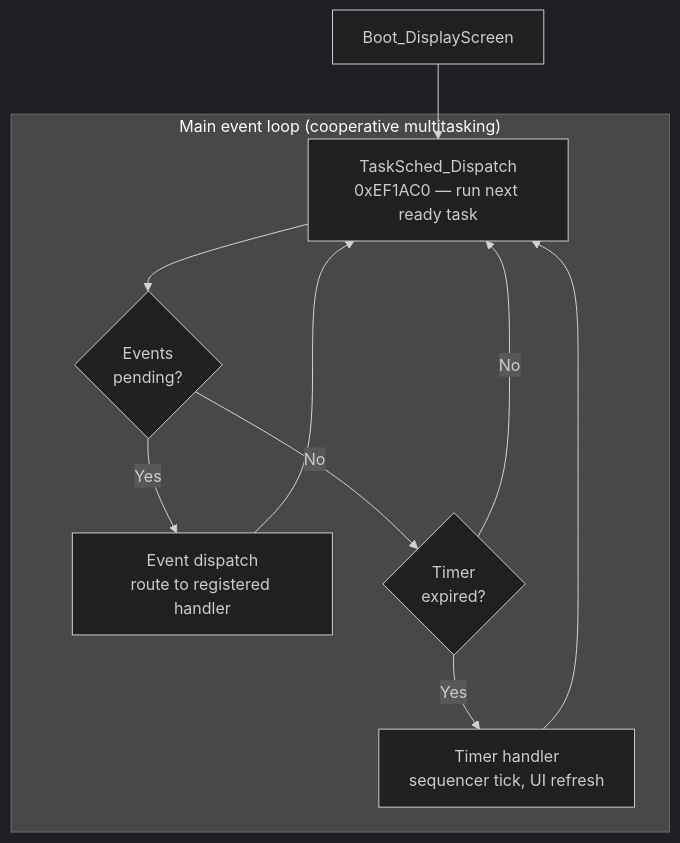
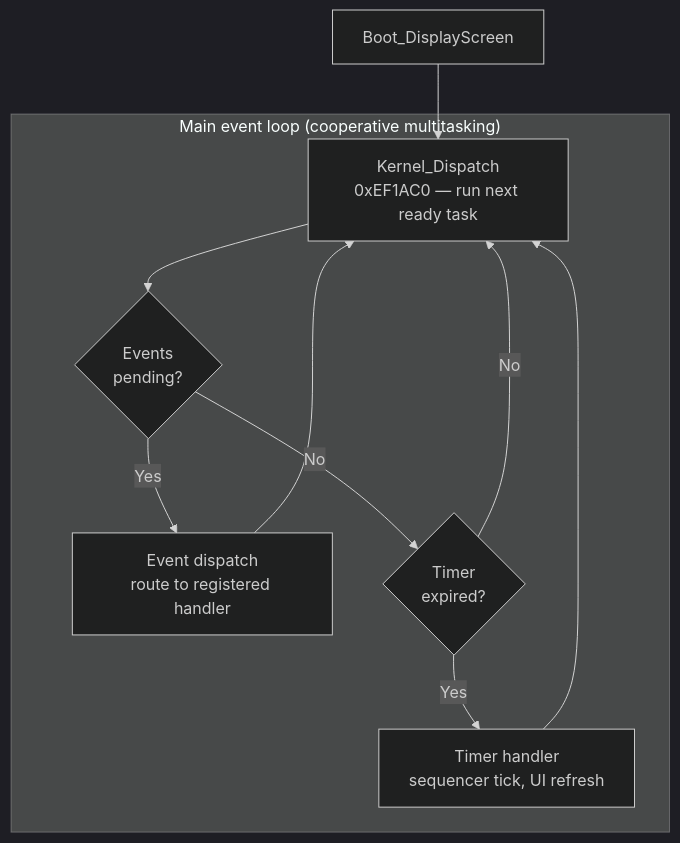
Before and after one commit to ArqueologiaDigital/technics-docs: the third of 7 diagrams in firmware-flowchart.md, drawn with Mermaid (dark theme). The commit also changed other lines of this file and 10 other files, not shown here.

```diff
--- a/firmware-flowchart.md
+++ b/firmware-flowchart.md
@@ -118,15 +118,15 @@
 <pre class="mermaid">
 flowchart TD
     BOOT["Boot_DisplayScreen"] --> SCHED
 
     subgraph MAIN_LOOP ["Main event loop (cooperative multitasking)"]
-        SCHED["TaskSched_Dispatch<br/>0xEF1AC0 — run next ready task"]
+        SCHED["Kernel_Dispatch<br/>0xEF1AC0 — run next ready task"]
         SCHED --> EVT_CHECK{"Events<br/>pending?"}
         EVT_CHECK -->|Yes| EVT_DISPATCH["Event dispatch<br/>route to registered handler"]
         EVT_CHECK -->|No| TIMER_CHECK{"Timer<br/>expired?"}
         EVT_DISPATCH --> SCHED
         TIMER_CHECK -->|Yes| TIMER_HANDLER["Timer handler<br/>sequencer tick, UI refresh"]
         TIMER_CHECK -->|No| SCHED
         TIMER_HANDLER --> SCHED
     end
 </pre>
```
